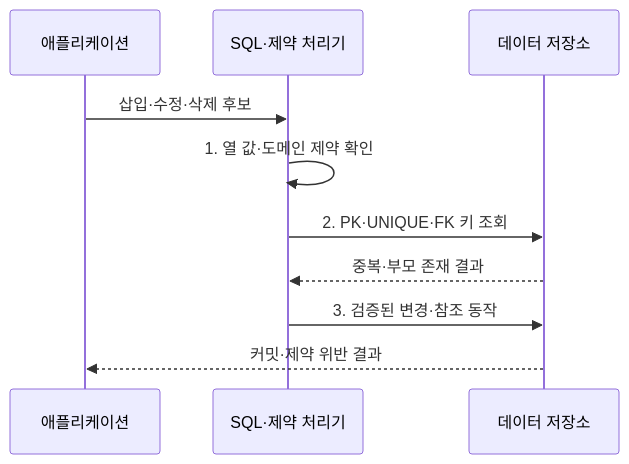
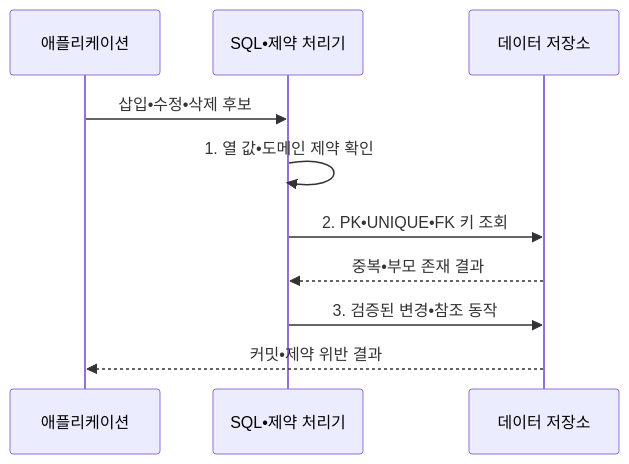
The second of 2 diagrams in src/content/docs/notes/03-software/091_database_integrity_constraints.md (agnusdei1207/knowledge-base), drawn with Mermaid before and after one commit. The commit also changed other lines of this file and 953 other files, not shown here.

````diff
--- a/src/content/docs/notes/03-software/091_database_integrity_constraints.md
+++ b/src/content/docs/notes/03-software/091_database_integrity_constraints.md
@@ -108,12 +108,12 @@
 ```mermaid
 sequenceDiagram
     participant APP as 애플리케이션
-    participant SQL as SQL·제약 처리기
+    participant SQL as SQL•제약 처리기
     participant DATA as 데이터 저장소
-    APP->>SQL: 삽입·수정·삭제 후보
-    SQL->>SQL: 1. 열 값·도메인 제약 확인
-    SQL->>DATA: 2. PK·UNIQUE·FK 키 조회
-    DATA-->>SQL: 중복·부모 존재 결과
-    SQL->>DATA: 3. 검증된 변경·참조 동작
-    DATA-->>APP: 커밋·제약 위반 결과
+    APP->>SQL: 삽입•수정•삭제 후보
+    SQL->>SQL: 1. 열 값•도메인 제약 확인
+    SQL->>DATA: 2. PK•UNIQUE•FK 키 조회
+    DATA-->>SQL: 중복•부모 존재 결과
+    SQL->>DATA: 3. 검증된 변경•참조 동작
+    DATA-->>APP: 커밋•제약 위반 결과
 ```
````
